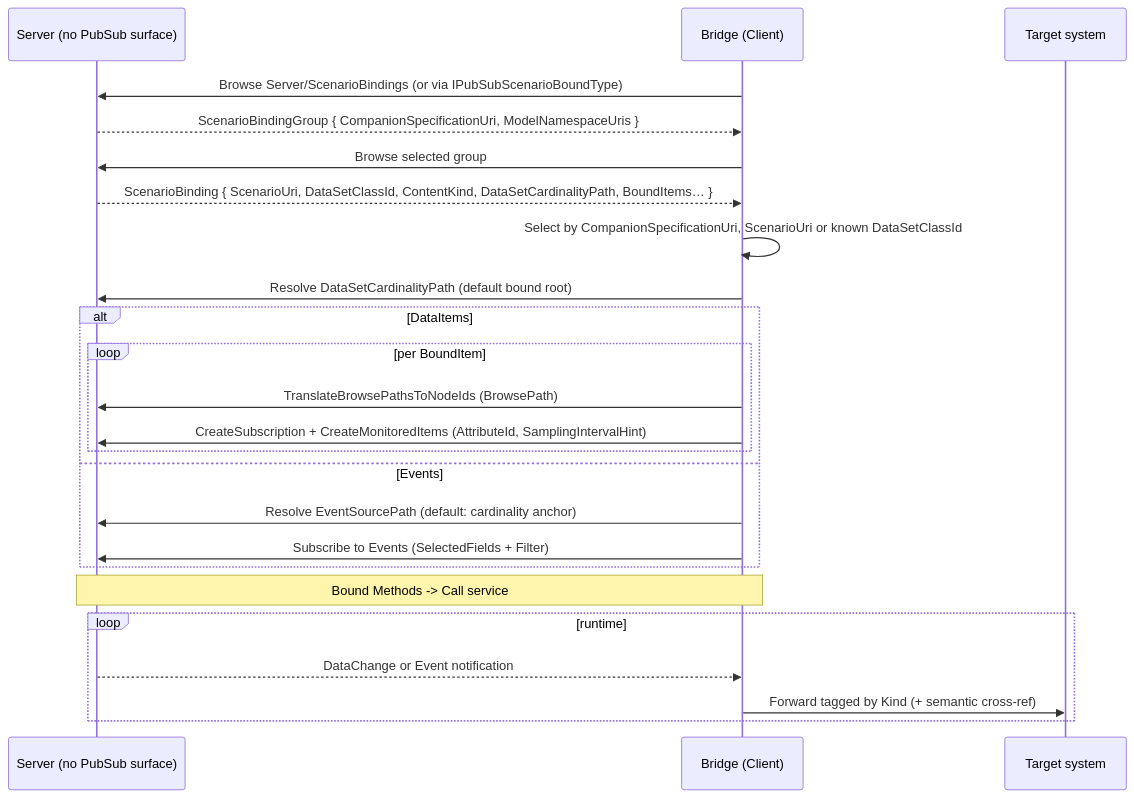
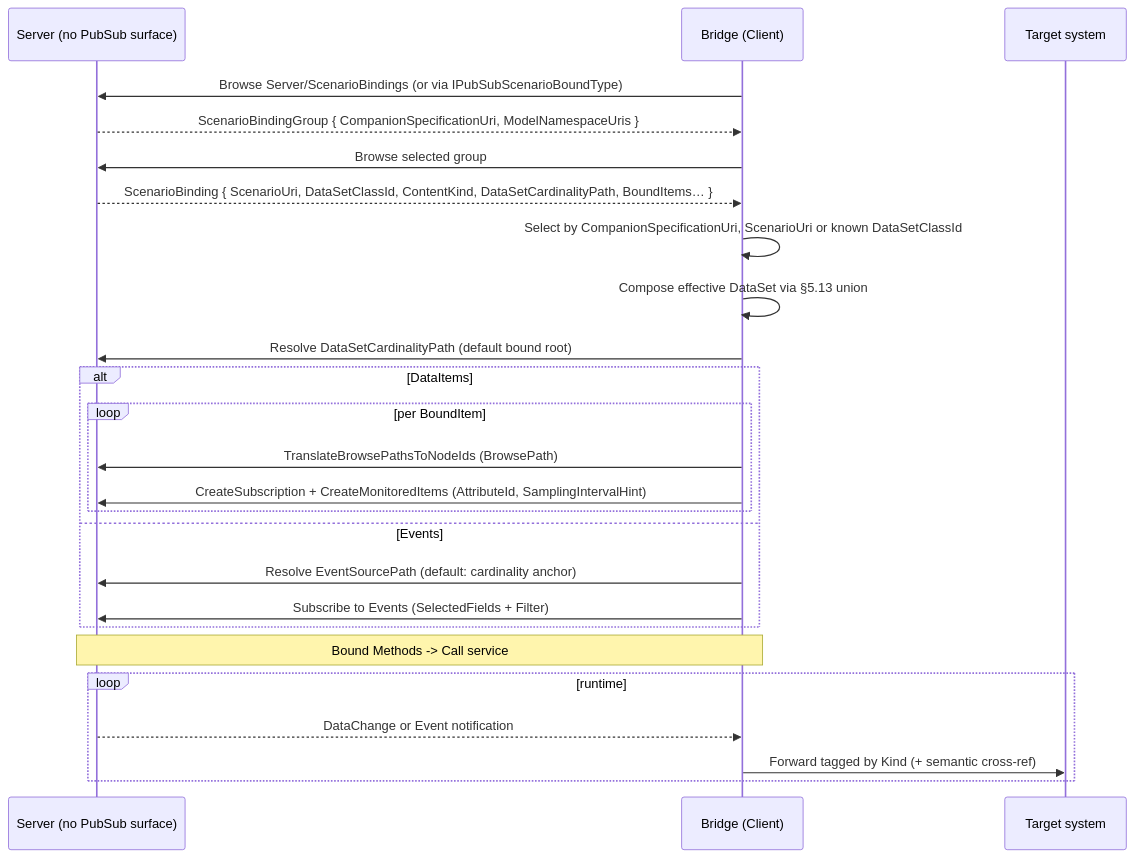
The second of 3 diagrams in core-specs/pubsub-binding/OPC-UA-PubSub-Scenario-Binding.md (marcschier/opcua-drafts), drawn with Mermaid before and after one commit. The commit also changed other lines of this file and 13 other files, not shown here.

````diff
--- a/core-specs/pubsub-binding/OPC-UA-PubSub-Scenario-Binding.md
+++ b/core-specs/pubsub-binding/OPC-UA-PubSub-Scenario-Binding.md
@@ -319,26 +350,27 @@
 ```mermaid
 sequenceDiagram
   participant S as Server (no PubSub surface)
   participant B as Bridge (Client)
   participant X as Target system
   B->>S: Browse Server/ScenarioBindings (or via IPubSubScenarioBoundType)
   S-->>B: ScenarioBindingGroup { CompanionSpecificationUri, ModelNamespaceUris }
   B->>S: Browse selected group
   S-->>B: ScenarioBinding { ScenarioUri, DataSetClassId, ContentKind, DataSetCardinalityPath, BoundItems… }
   B->>B: Select by CompanionSpecificationUri, ScenarioUri or known DataSetClassId
+  B->>B: Compose effective DataSet via §5.13 union
   B->>S: Resolve DataSetCardinalityPath (default bound root)
   alt DataItems
     loop per BoundItem
       B->>S: TranslateBrowsePathsToNodeIds (BrowsePath)
       B->>S: CreateSubscription + CreateMonitoredItems (AttributeId, SamplingIntervalHint)
     end
   else Events
     B->>S: Resolve EventSourcePath (default: cardinality anchor)
     B->>S: Subscribe to Events (SelectedFields + Filter)
   end
   Note over S,B: Bound Methods -> Call service
   loop runtime
     S-->>B: DataChange or Event notification
     B->>X: Forward tagged by Kind (+ semantic cross-ref)
   end
 ```
````
